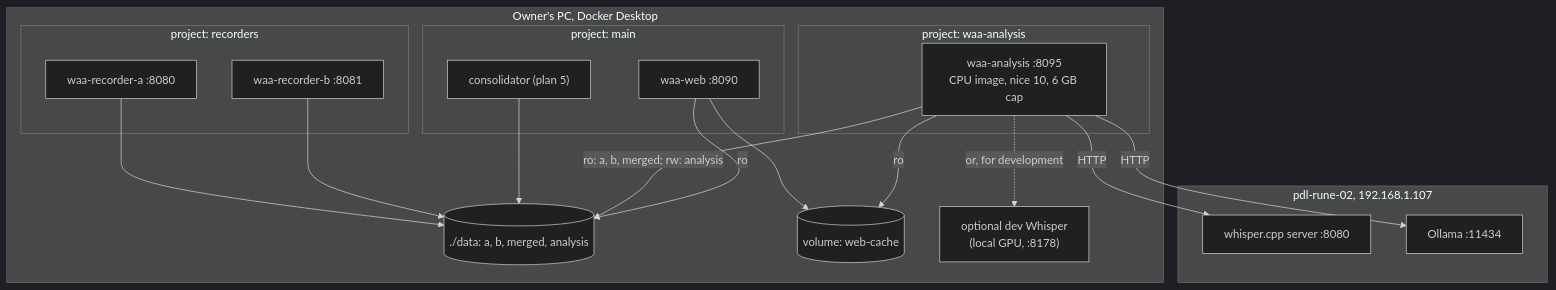
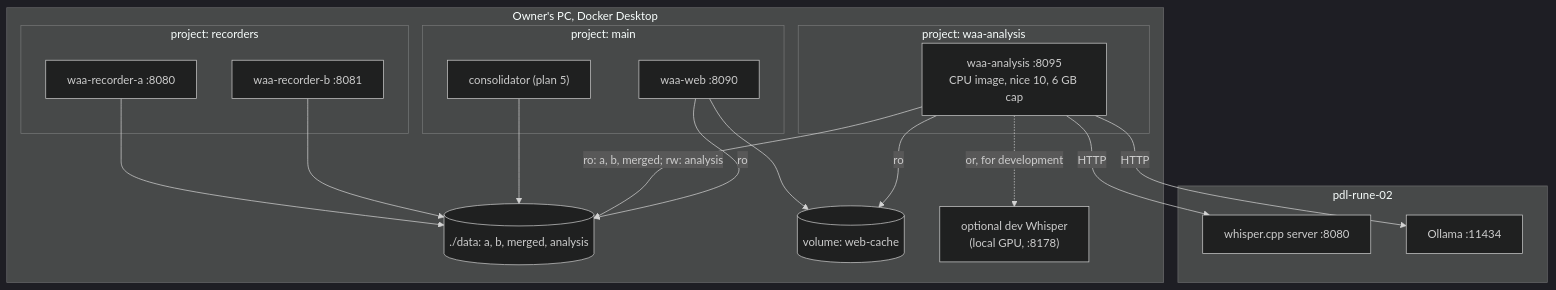
One commit to davidnmbond/WebAudioArchive changed the third of 6 diagrams in DESIGN.md. Above: the diagram before and after it, drawn with Mermaid (dark theme). The commit also changed other lines of this file and 12 other files, not shown here.

````diff
--- a/DESIGN.md
+++ b/DESIGN.md
@@ -159,33 +159,33 @@
 ```mermaid
 flowchart TB
   subgraph pc["Owner's PC, Docker Desktop"]
     subgraph prjR["project: recorders"]
       ra["waa-recorder-a :8080"]
       rb["waa-recorder-b :8081"]
     end
     subgraph prjM["project: main"]
       w["waa-web :8090"]
       c["consolidator (plan 5)"]
     end
     subgraph prjA["project: waa-analysis"]
       a["waa-analysis :8095<br/>CPU image, nice 10, 6 GB cap"]
     end
     d[("./data: a, b, merged, analysis")]
     wc[("volume: web-cache")]
     lw["optional dev Whisper<br/>(local GPU, :8178)"]
   end
-  subgraph r2["pdl-rune-02, 192.168.1.107"]
+  subgraph r2["pdl-rune-02"]
     w2["whisper.cpp server :8080"]
     o2["Ollama :11434"]
   end
   ra --> d
   rb --> d
   c --> d
   a -- "ro: a, b, merged; rw: analysis" --> d
   w -- "ro" --> d
   w --> wc
   a -- "ro" --> wc
   a -- "HTTP" --> w2
   a -- "HTTP" --> o2
   a -. "or, for development" .-> lw
 ```
````
